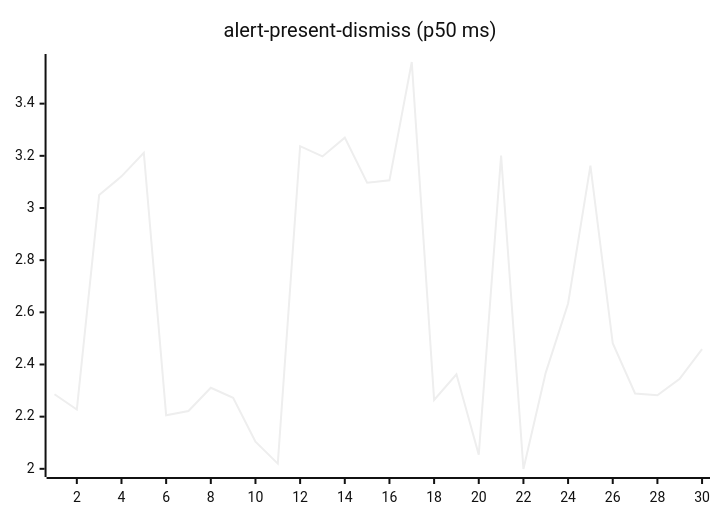
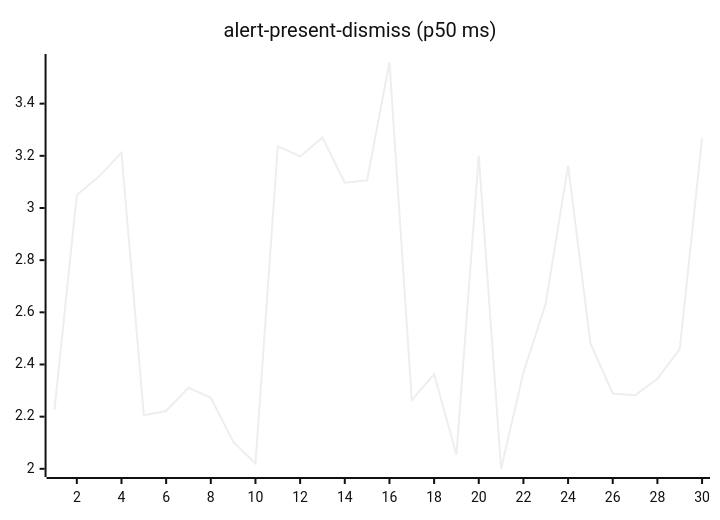
Before and after one commit to josha/Facet: the second of 27 diagrams in README.md, drawn with Mermaid (neutral theme). The commit also changed other lines of this file and 2 other files, not shown here.

````diff
--- a/README.md
+++ b/README.md
@@ -70,6 +70,6 @@
 ```mermaid
 xychart-beta
     title "alert-present-dismiss (p50 ms)"
     x-axis 1 --> 30
-    line [2.2857, 2.2272, 3.0496, 3.1212, 3.2117, 2.2054, 2.2216, 2.3109, 2.2722, 2.1040, 2.0200, 3.2371, 3.1976, 3.2697, 3.0970, 3.1061, 3.5597, 2.2642, 2.3626, 2.0543, 3.2013, 1.9993, 2.3689, 2.6340, 3.1626, 2.4814, 2.2888, 2.2819, 2.3455, 2.4588]
+    line [2.2272, 3.0496, 3.1212, 3.2117, 2.2054, 2.2216, 2.3109, 2.2722, 2.1040, 2.0200, 3.2371, 3.1976, 3.2697, 3.0970, 3.1061, 3.5597, 2.2642, 2.3626, 2.0543, 3.2013, 1.9993, 2.3689, 2.6340, 3.1626, 2.4814, 2.2888, 2.2819, 2.3455, 2.4588, 3.2682]
 ```
````
